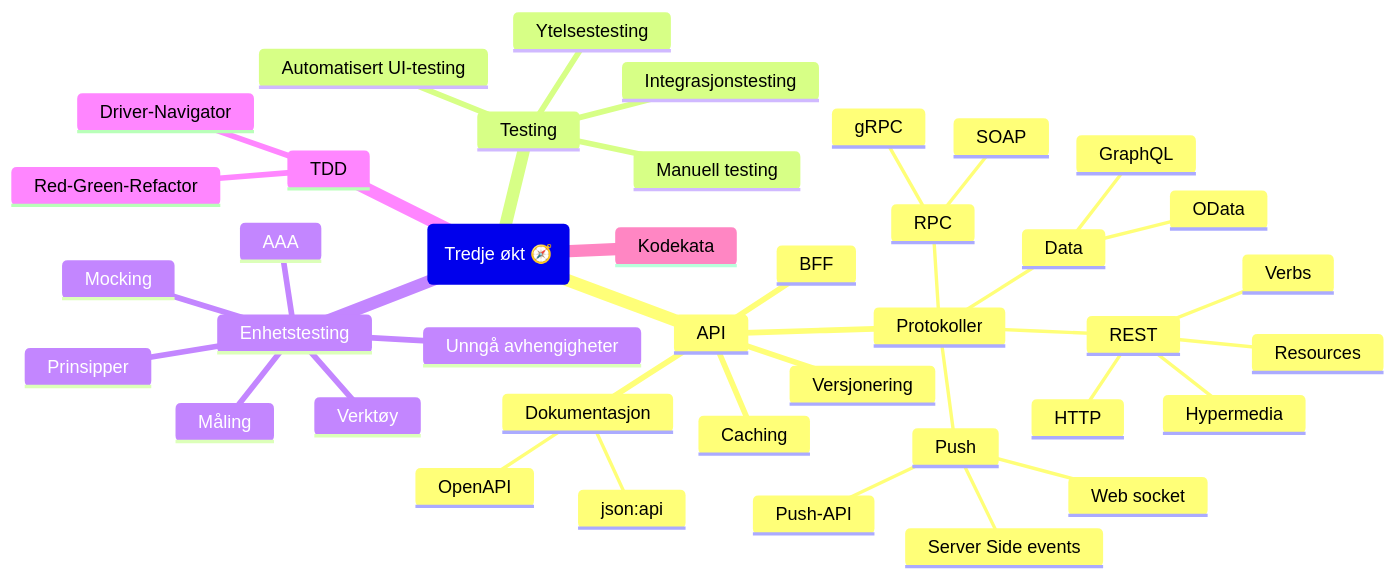
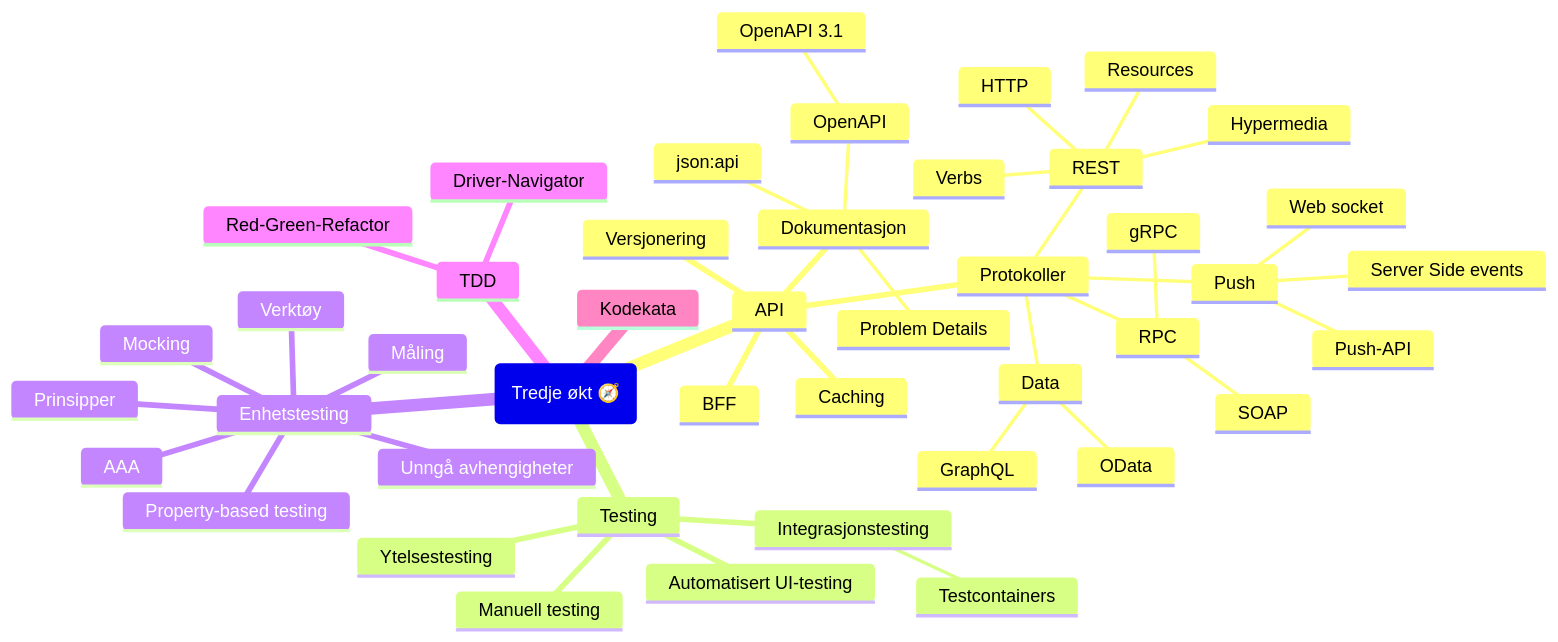
The diagram in del_2/Innhold.md (bekk/oppdrift_backend), drawn with Mermaid before and after one commit. The commit also changed other lines of this file and 2 other files, not shown here.

````diff
--- a/del_2/Innhold.md
+++ b/del_2/Innhold.md
@@ -688,43 +721,47 @@
 ```mermaid
 mindmap
   root(Tredje økt 🧭)
     API
       BFF
       Dokumentasjon
         json:api
         OpenAPI
+            OpenAPI 3.1
+        Problem Details
       Versjonering
       Caching
       Protokoller
         RPC
             SOAP
             gRPC
         Data
             OData
             GraphQL
         Push
             Web socket
             Server Side events
             Push-API
         REST
             HTTP
             Resources
             Verbs
             Hypermedia
     Testing
       Manuell testing
       Automatisert UI-testing
       Integrasjonstesting
+            Testcontainers
       Ytelsestesting
     Enhetstesting
         Verktøy
         Prinsipper
         Unngå avhengigheter
         Mocking
+        Property-based testing
         Måling
         AAA
     TDD
         Driver-Navigator
         Red-Green-Refactor
     Kodekata
 ```
````
